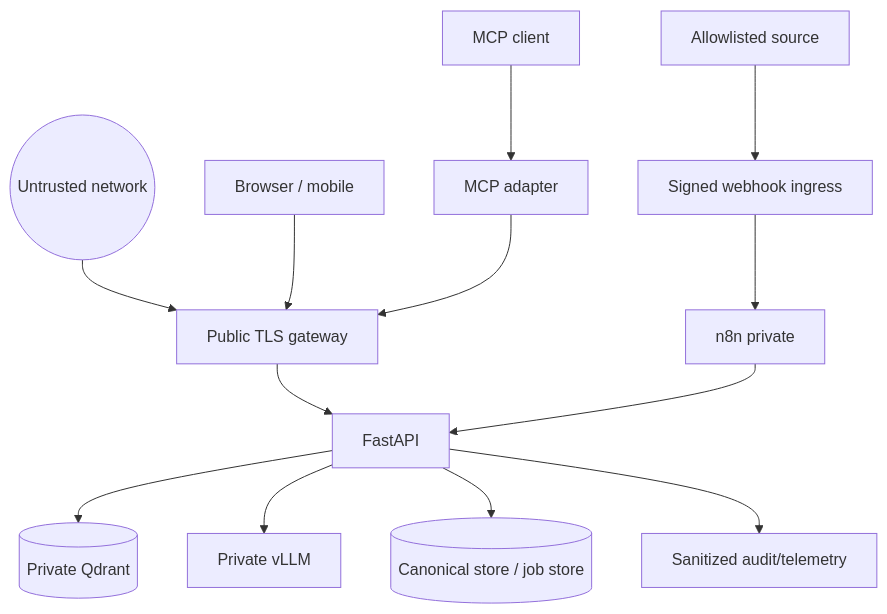
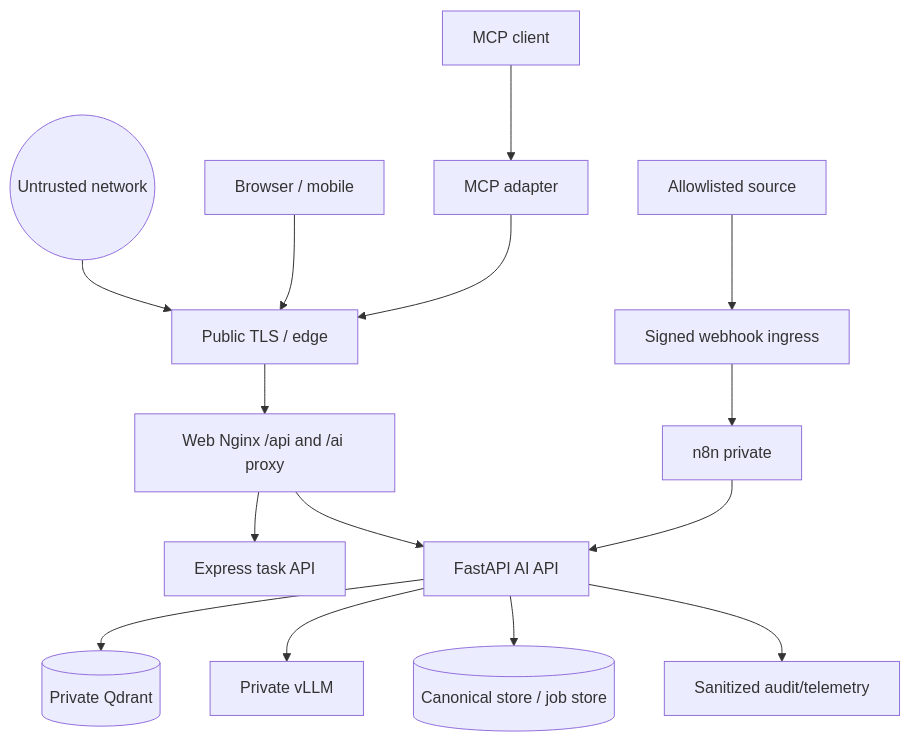
One commit to przemekp95/eisenhower changed the diagram in docs/ai-rebuild/security-review.md. Above: the diagram before and after it, drawn with Mermaid. The commit also changed other lines of this file and 12 other files, not shown here.

````diff
--- a/docs/ai-rebuild/security-review.md
+++ b/docs/ai-rebuild/security-review.md
@@ -7,15 +7,17 @@
 ```mermaid
 flowchart TB
-  INTERNET((Untrusted network)) --> GW[Public TLS gateway]
-  BROWSER[Browser / mobile] --> GW
+  INTERNET((Untrusted network)) --> EDGE[Public TLS / edge]
+  BROWSER[Browser / mobile] --> EDGE
+  EDGE --> WEB[Web Nginx /api and /ai proxy]
+  WEB --> NODE[Express task API]
+  WEB --> API[FastAPI AI API]
   MCPCLIENT[MCP client] --> MCP[MCP adapter]
-  MCP --> GW
-  GW --> API[FastAPI]
+  MCP --> EDGE
   API --> Q[(Private Qdrant)]
   API --> V[Private vLLM]
   SOURCE[Allowlisted source] --> WH[Signed webhook ingress]
   WH --> N[n8n private]
   N --> API
   API --> STORE[(Canonical store / job store)]
   API --> OBS[Sanitized audit/telemetry]
 ```
````
